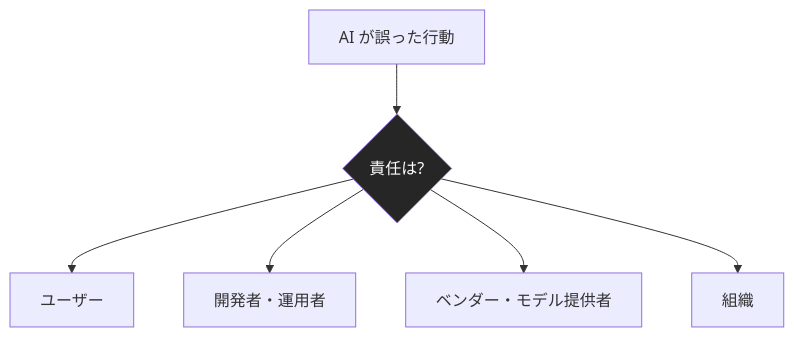
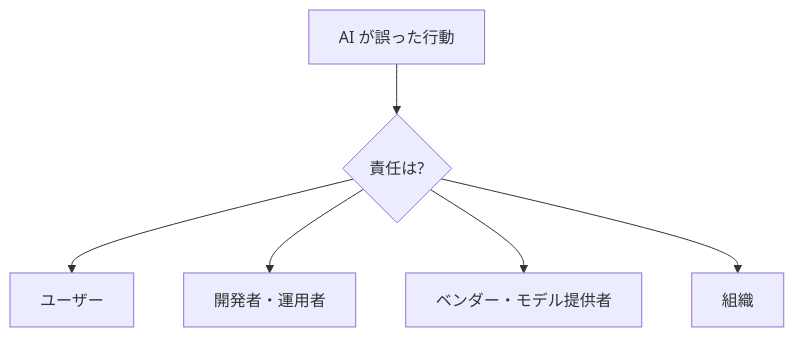
The second of 3 diagrams in docs/concepts/ai-プロダクトと倫理-7-つの観点.md (dinekt/dinekt-wiki), drawn with Mermaid before and after one commit. The commit also changed other lines of this file and 70 other files, not shown here.

First line of the commit message:
fix(mermaid): strip all inline styling, rely on theme

````diff
--- a/docs/concepts/ai-プロダクトと倫理-7-つの観点.md
+++ b/docs/concepts/ai-プロダクトと倫理-7-つの観点.md
@@ -80,10 +80,9 @@
 ```mermaid
 flowchart TD
     E[AI が誤った行動] --> A{責任は?}
     A --> U[ユーザー]
     A --> D[開発者・運用者]
     A --> V[ベンダー・モデル提供者]
     A --> B[組織]
 
-    style A fill:#262626,color:#fff
 ```
````
